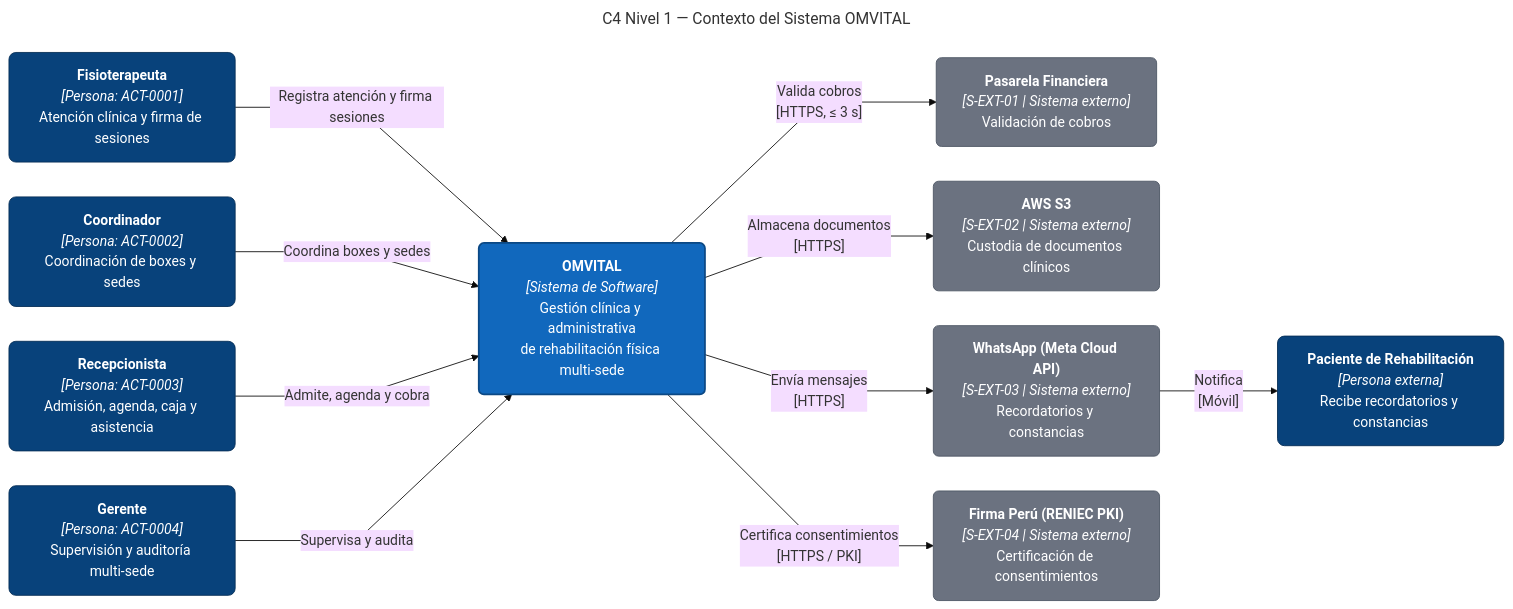
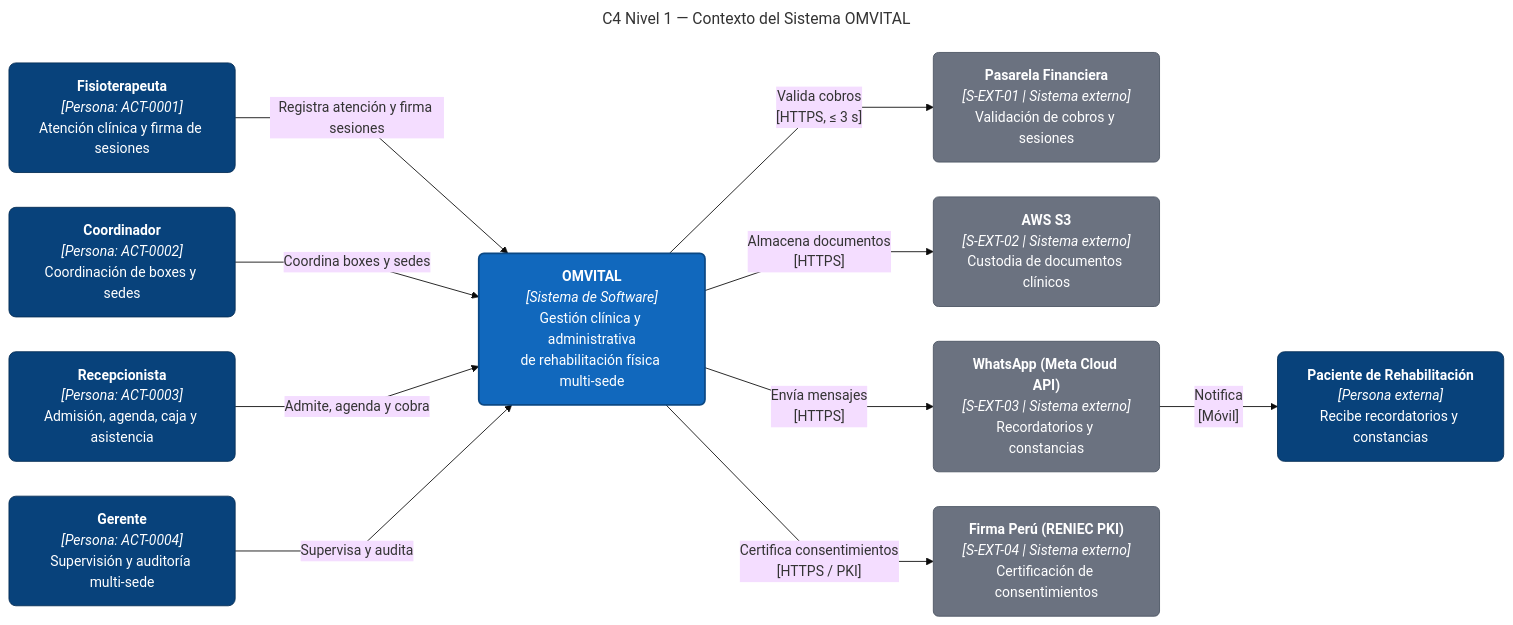
Before and after one commit to shanccom/Docs_Das: the diagram in 9_Arquitectura_c4/c4-Nivel1V2.md, drawn with Mermaid (base theme). The commit also changed other lines of this file, not shown here.

````diff
--- a/9_Arquitectura_c4/c4-Nivel1V2.md
+++ b/9_Arquitectura_c4/c4-Nivel1V2.md
@@ -14,39 +7,39 @@
 ```mermaid
 ---
 title: "C4 Nivel 1 — Contexto del Sistema OMVITAL"
 config:
   flowchart:
     curve: linear
     nodeSpacing: 40
     rankSpacing: 80
 ---
 flowchart LR
     classDef persona fill:#08427B,stroke:#052E56,color:#FFF,rx:8,ry:8
     classDef sistema fill:#1168BD,stroke:#0B4884,stroke-width:2px,color:#FFF,rx:6,ry:6
     classDef ext fill:#6B7280,stroke:#4B5563,color:#FFF,rx:6,ry:6
 
     ACT1["<b>Fisioterapeuta</b><br/><i>[Persona: ACT-0001]</i><br/>Atención clínica y firma de sesiones"]:::persona
     ACT2["<b>Coordinador</b><br/><i>[Persona: ACT-0002]</i><br/>Coordinación de boxes y sedes"]:::persona
     ACT3["<b>Recepcionista</b><br/><i>[Persona: ACT-0003]</i><br/>Admisión, agenda, caja y asistencia"]:::persona
     ACT4["<b>Gerente</b><br/><i>[Persona: ACT-0004]</i><br/>Supervisión y auditoría multi-sede"]:::persona
 
     OMV["<b>OMVITAL</b><br/><i>[Sistema de Software]</i><br/>Gestión clínica y administrativa<br/>de rehabilitación física multi-sede"]:::sistema
 
-    EXT1["<b>Pasarela Financiera</b><br/><i>[S-EXT-01 | Sistema externo]</i><br/>Validación de cobros"]:::ext
+    EXT1["<b>Pasarela Financiera</b><br/><i>[S-EXT-01 | Sistema externo]</i><br/>Validación de cobros y sesiones"]:::ext
     EXT2["<b>AWS S3</b><br/><i>[S-EXT-02 | Sistema externo]</i><br/>Custodia de documentos clínicos"]:::ext
     EXT3["<b>WhatsApp (Meta Cloud API)</b><br/><i>[S-EXT-03 | Sistema externo]</i><br/>Recordatorios y constancias"]:::ext
     EXT4["<b>Firma Perú (RENIEC PKI)</b><br/><i>[S-EXT-04 | Sistema externo]</i><br/>Certificación de consentimientos"]:::ext
 
     PAC["<b>Paciente de Rehabilitación</b><br/><i>[Persona externa]</i><br/>Recibe recordatorios y constancias"]:::persona
 
     ACT1 -->|"Registra atención y firma sesiones"| OMV
     ACT2 -->|"Coordina boxes y sedes"| OMV
     ACT3 -->|"Admite, agenda y cobra"| OMV
     ACT4 -->|"Supervisa y audita"| OMV
 
     OMV -->|"Valida cobros<br/>[HTTPS, ≤ 3 s]"| EXT1
     OMV -->|"Almacena documentos<br/>[HTTPS]"| EXT2
     OMV -->|"Envía mensajes<br/>[HTTPS]"| EXT3
     OMV -->|"Certifica consentimientos<br/>[HTTPS / PKI]"| EXT4
     EXT3 -->|"Notifica<br/>[Móvil]"| PAC
 ```
````
